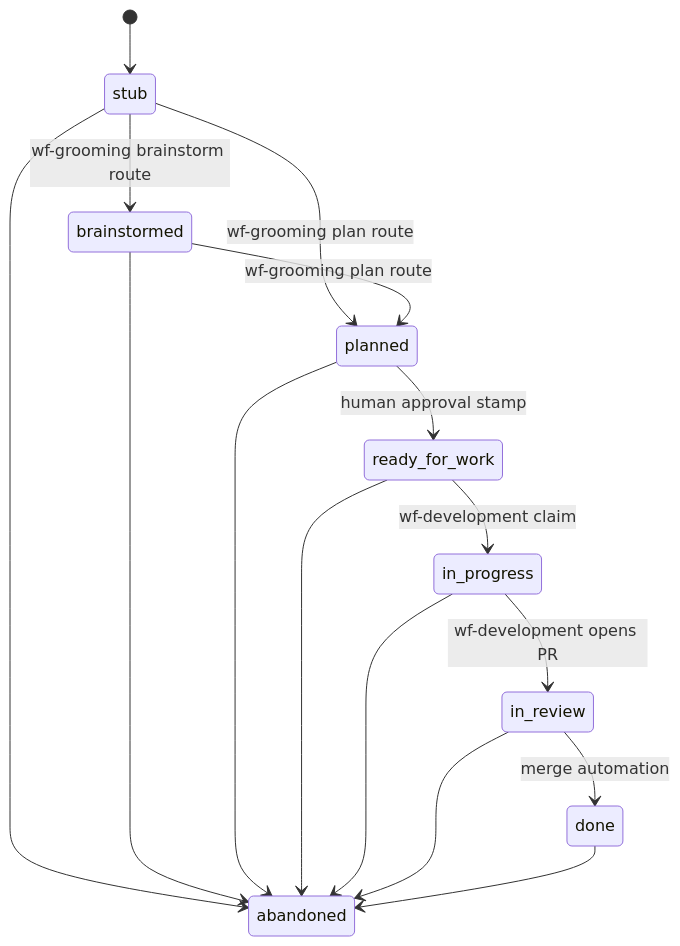
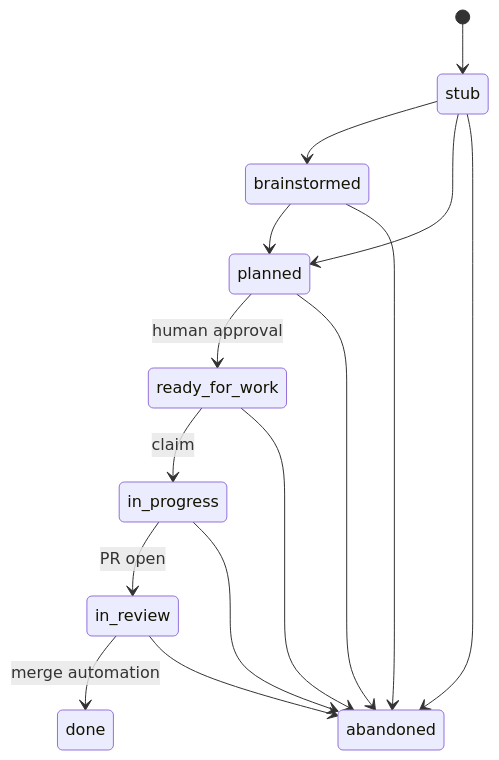
The fifth of 5 diagrams in plugins/agentic-engineering/FLOWS.md (Life-With-Data/agentic-engineering), drawn with Mermaid before and after one commit. The commit also changed other lines of this file and 26 other files, not shown here.

````diff
--- a/plugins/agentic-engineering/FLOWS.md
+++ b/plugins/agentic-engineering/FLOWS.md
@@ -100,19 +71,18 @@
 ```mermaid
 stateDiagram-v2
     [*] --> stub
-    stub --> brainstormed: wf-grooming brainstorm route
-    stub --> planned: wf-grooming plan route
-    brainstormed --> planned: wf-grooming plan route
-    planned --> ready_for_work: human approval stamp
-    ready_for_work --> in_progress: wf-development claim
-    in_progress --> in_review: wf-development opens PR
+    stub --> brainstormed
+    stub --> planned
+    brainstormed --> planned
+    planned --> ready_for_work: human approval
+    ready_for_work --> in_progress: claim
+    in_progress --> in_review: PR open
     in_review --> done: merge automation
 
     stub --> abandoned
     brainstormed --> abandoned
     planned --> abandoned
     ready_for_work --> abandoned
     in_progress --> abandoned
     in_review --> abandoned
-    done --> abandoned
 ```
````
